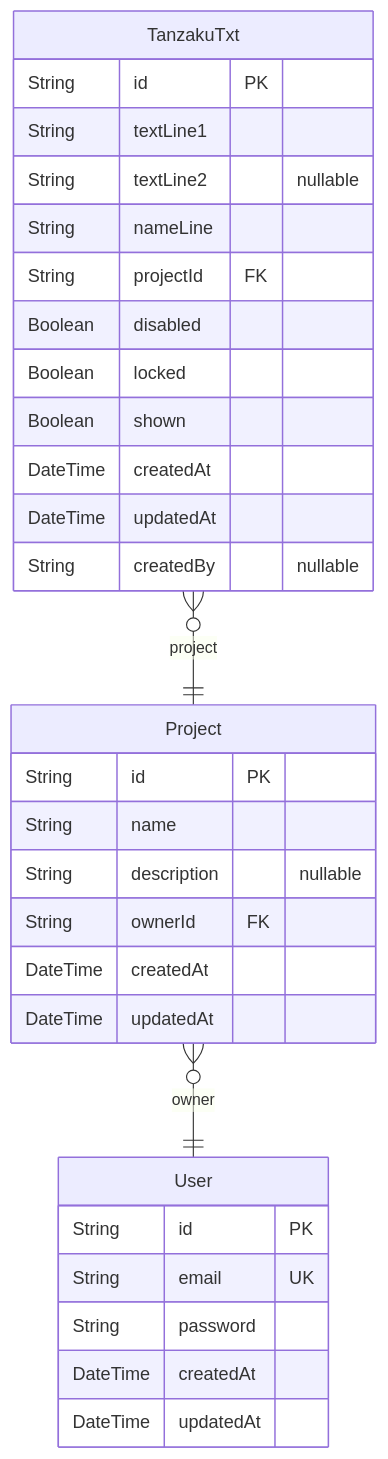
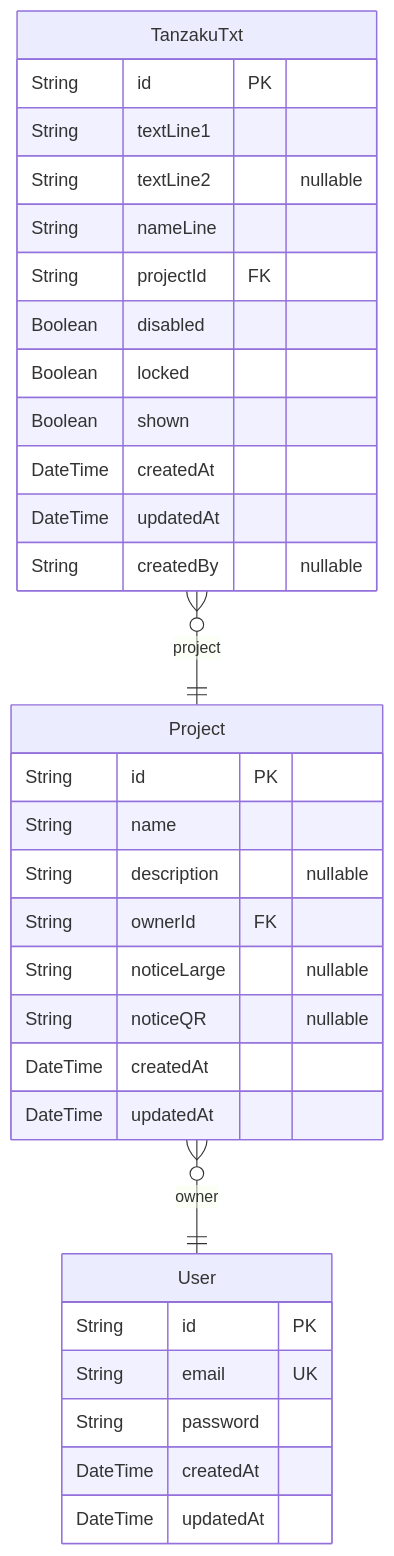
The diagram in docs/ERD.md (itl-marubu/tanzaku-be), drawn with Mermaid before and after one commit. The commit also changed other lines of this file and 5 other files, not shown here.

````diff
--- a/docs/ERD.md
+++ b/docs/ERD.md
@@ -7,33 +7,35 @@
 ```mermaid
 erDiagram
 "Project" {
   String id PK
   String name
   String description "nullable"
   String ownerId FK
+  String noticeLarge "nullable"
+  String noticeQR "nullable"
   DateTime createdAt
   DateTime updatedAt
 }
 "User" {
   String id PK
   String email UK
   String password
   DateTime createdAt
   DateTime updatedAt
 }
 "TanzakuTxt" {
   String id PK
   String textLine1
   String textLine2 "nullable"
   String nameLine
   String projectId FK
   Boolean disabled
   Boolean locked
   Boolean shown
   DateTime createdAt
   DateTime updatedAt
   String createdBy "nullable"
 }
 "Project" }o--|| "User" : owner
 "TanzakuTxt" }o--|| "Project" : project
 ```
````
